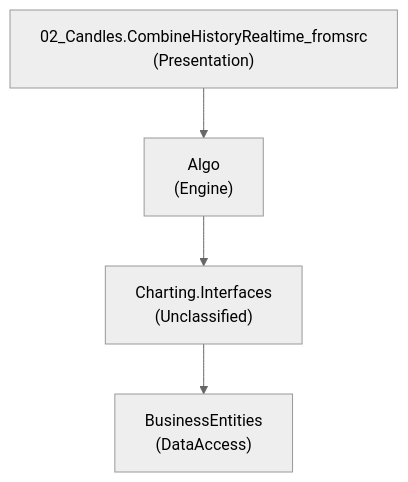
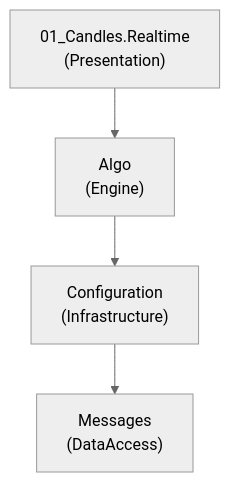
Before and after one commit to GanizaniSitara/tools-static-analysis: the diagram in output-stocksharp/docs/diagrams/flow-path-3.mmd, drawn with Mermaid (neutral theme). The commit also changed 27 other files, not shown here.

```diff
--- a/output-stocksharp/docs/diagrams/flow-path-3.mmd
+++ b/output-stocksharp/docs/diagrams/flow-path-3.mmd
@@ -1,8 +1,8 @@
 graph TD
-    02_Candles_CombineHistoryRealtime_fromsrc["02_Candles.CombineHistoryRealtime_fromsrc\n(Presentation)"]
+    01_Candles_Realtime["01_Candles.Realtime\n(Presentation)"]
     Algo["Algo\n(Engine)"]
-    02_Candles_CombineHistoryRealtime_fromsrc --> Algo
-    Charting_Interfaces["Charting.Interfaces\n(Unclassified)"]
-    Algo --> Charting_Interfaces
-    BusinessEntities["BusinessEntities\n(DataAccess)"]
-    Charting_Interfaces --> BusinessEntities
+    01_Candles_Realtime --> Algo
+    Configuration["Configuration\n(Infrastructure)"]
+    Algo --> Configuration
+    Messages["Messages\n(DataAccess)"]
+    Configuration --> Messages
```
